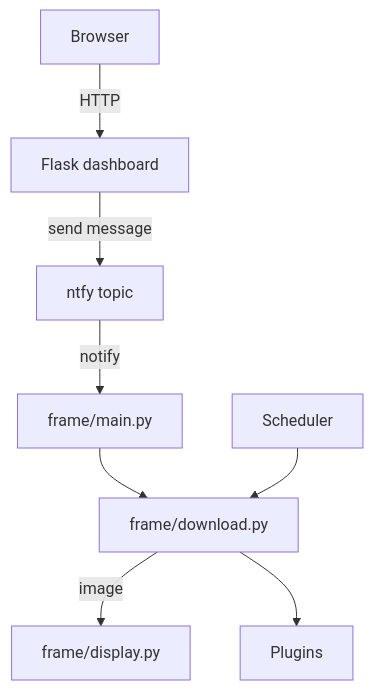
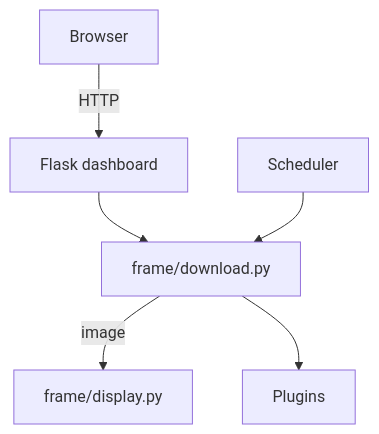
One commit to JulesMellot/Frame changed the diagram in README.md. Above: the diagram before and after it, drawn with Mermaid. The commit also changed other lines of this file and 11 other files, not shown here.

````diff
--- a/README.md
+++ b/README.md
@@ -13,10 +15,8 @@
 ```mermaid
 graph TD
     A[Browser] -->|HTTP| B[Flask dashboard]
-    B -->|send message| C[ntfy topic]
-    C -->|notify| D[frame/main.py]
-    D --> E[frame/download.py]
+    B --> E[frame/download.py]
     S[Scheduler] --> E
     E -->|image| F[frame/display.py]
     E --> G[Plugins]
 ```
````
